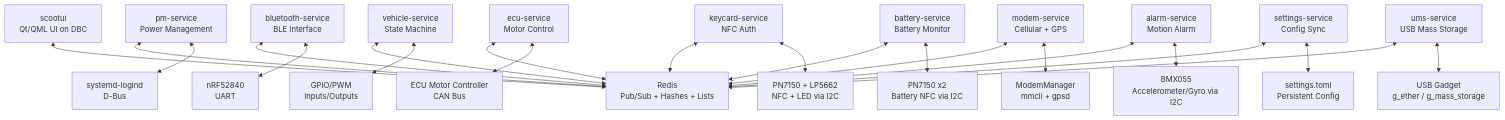
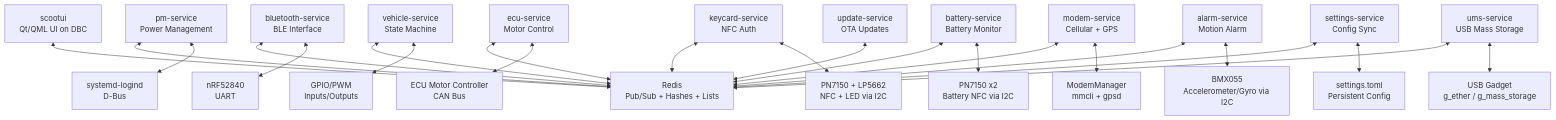
The diagram in services/README.md (librescoot/unu-tech-reference), drawn with Mermaid before and after one commit. The commit also changed other lines of this file and 14 other files, not shown here.

````diff
--- a/services/README.md
+++ b/services/README.md
@@ -27,50 +28,52 @@
 ```mermaid
 graph TB
     UI["scootui<br/>Qt/QML UI on DBC"]
     Redis["Redis<br/>Pub/Sub + Hashes + Lists"]
 
     PM["pm-service<br/>Power Management"]
     BT["bluetooth-service<br/>BLE Interface"]
     VH["vehicle-service<br/>State Machine"]
     ECU["ecu-service<br/>Motor Control"]
     KC["keycard-service<br/>NFC Auth"]
     BAT["battery-service<br/>Battery Monitor"]
     MDM["modem-service<br/>Cellular + GPS"]
     ALM["alarm-service<br/>Motion Alarm"]
     SET["settings-service<br/>Config Sync"]
     UMS["ums-service<br/>USB Mass Storage"]
+    UPD["update-service<br/>OTA Updates"]
 
     LOGIND["systemd-logind<br/>D-Bus"]
     NRF["nRF52840<br/>UART"]
     GPIO["GPIO/PWM<br/>Inputs/Outputs"]
     CAN["ECU Motor Controller<br/>CAN Bus"]
     NFC1["PN7150 + LP5662<br/>NFC + LED via I2C"]
     NFC2["PN7150 x2<br/>Battery NFC via I2C"]
     MODEM["ModemManager<br/>mmcli + gpsd"]
     BMX["BMX055<br/>Accelerometer/Gyro via I2C"]
     TOML["settings.toml<br/>Persistent Config"]
     USB["USB Gadget<br/>g_ether / g_mass_storage"]
 
     UI <--> Redis
     PM <--> Redis
     BT <--> Redis
     VH <--> Redis
     ECU <--> Redis
     KC <--> Redis
     BAT <--> Redis
     MDM <--> Redis
     ALM <--> Redis
     SET <--> Redis
     UMS <--> Redis
+    UPD <--> Redis
 
     PM <--> LOGIND
     BT <--> NRF
     VH <--> GPIO
     ECU <--> CAN
     KC <--> NFC1
     BAT <--> NFC2
     MDM <--> MODEM
     ALM <--> BMX
     SET <--> TOML
     UMS <--> USB
 ```
````
